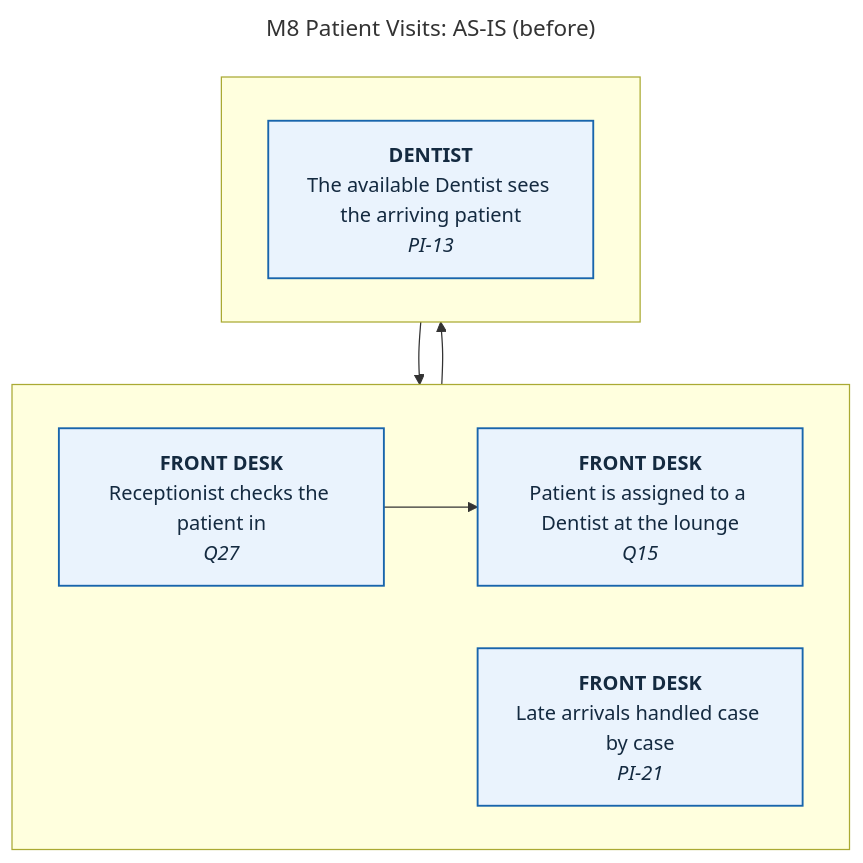
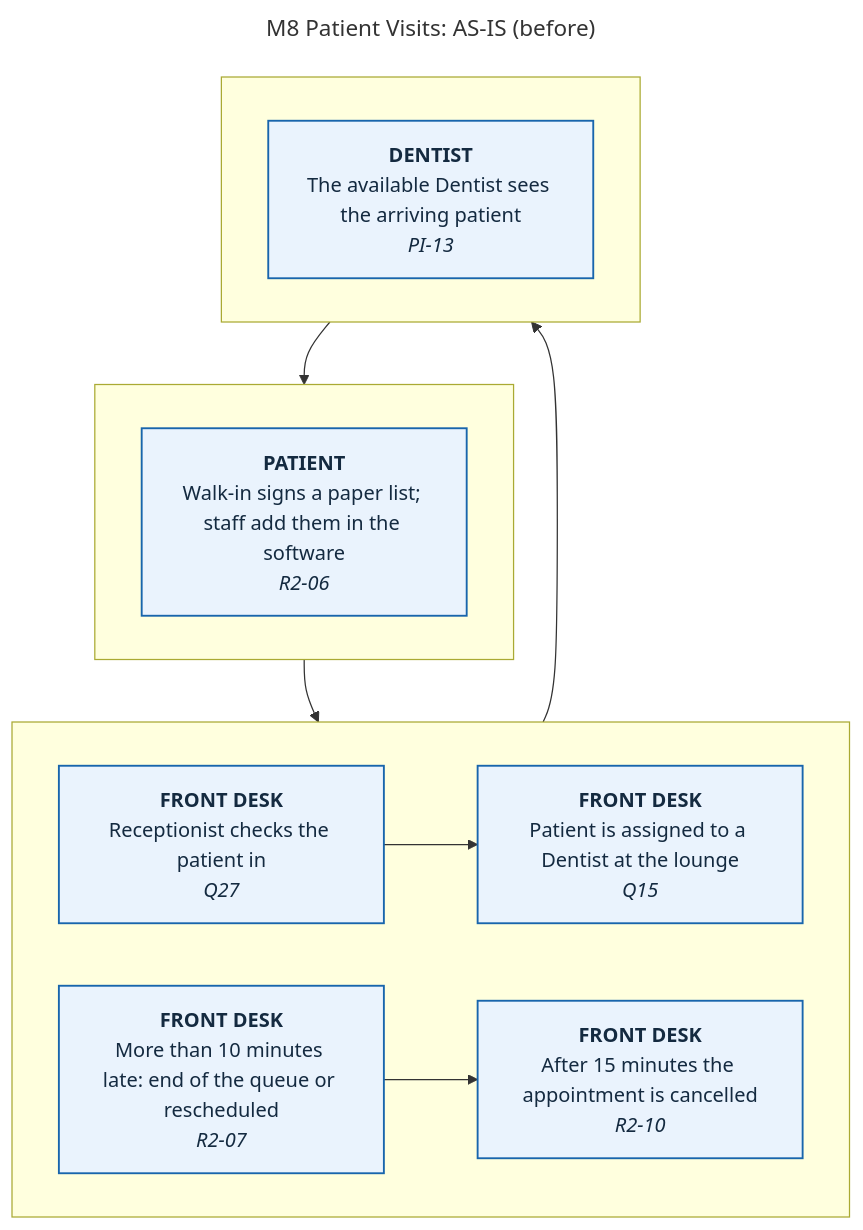
Before and after one commit to 0phem/multibranch-dental-clinic: the diagram in docs/defense/diagrams/M8-patient-visits-as-is.mmd, drawn with Mermaid. The commit also changed 111 other files, not shown here.

```diff
--- a/docs/defense/diagrams/M8-patient-visits-as-is.mmd
+++ b/docs/defense/diagrams/M8-patient-visits-as-is.mmd
@@ -1,23 +1,30 @@
 ---
 title: "M8 Patient Visits: AS-IS (before)"
 ---
 flowchart TB
+    subgraph L0[" "]
+    direction LR
+      S3["<b>PATIENT</b><br/>Walk-in signs a paper list; staff add them in the software<br/><i>R2-06</i>"]:::cited
+    end
     subgraph L1[" "]
     direction LR
       S0["<b>FRONT DESK</b><br/>Receptionist checks the patient in<br/><i>Q27</i>"]:::cited
       S1["<b>FRONT DESK</b><br/>Patient is assigned to a Dentist at the lounge<br/><i>Q15</i>"]:::cited
-      S3["<b>FRONT DESK</b><br/>Late arrivals handled case by case<br/><i>PI-21</i>"]:::cited
+      S4["<b>FRONT DESK</b><br/>More than 10 minutes late: end of the queue or rescheduled<br/><i>R2-07</i>"]:::cited
+      S5["<b>FRONT DESK</b><br/>After 15 minutes the appointment is cancelled<br/><i>R2-10</i>"]:::cited
     end
     subgraph L2[" "]
     direction LR
       S2["<b>DENTIST</b><br/>The available Dentist sees the arriving patient<br/><i>PI-13</i>"]:::cited
     end
     S0 --> S1
     S1 --> S2
     S2 --> S3
+    S3 --> S4
+    S4 --> S5
     classDef cited fill:#eaf3fd,stroke:#1865ac,color:#142a40,stroke-width:1.5px
     classDef confirm fill:#fffaf0,stroke:#b26a00,color:#5e3c00,stroke-width:1.5px,stroke-dasharray:6 4
     classDef auto fill:#e6f5ee,stroke:#0c7f75,color:#0f3d33,stroke-width:1.5px
     classDef manual fill:#eaf3fd,stroke:#1865ac,color:#142a40,stroke-width:1.5px
     classDef mock fill:#f3f5f7,stroke:#5a6b7d,color:#3a4e63,stroke-width:1.5px,stroke-dasharray:3 3
     classDef planned fill:#ffffff,stroke:#5a6b7d,color:#3a4e63,stroke-width:1.5px,stroke-dasharray:6 4
```
